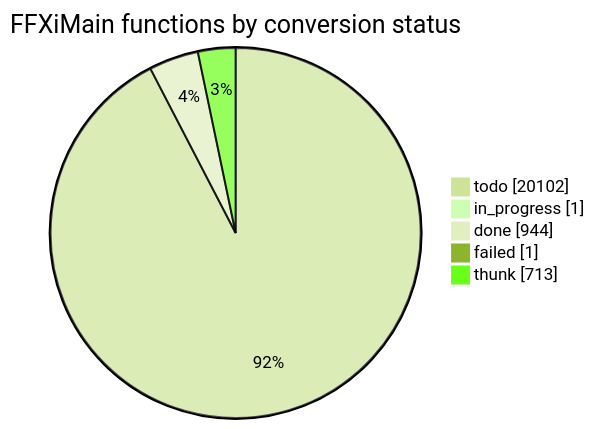
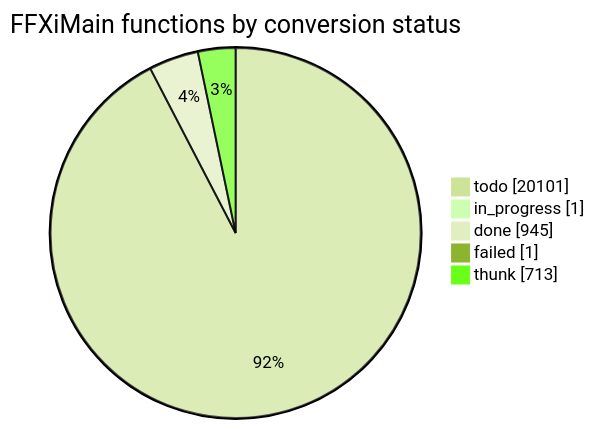
The diagram in docs/cow/STATUS.md (cowrevenge/cow_kuluu_xi_anything), drawn with Mermaid (forest theme) before and after one commit. The commit also changed other lines of this file and 19 other files, not shown here.

````diff
--- a/docs/cow/STATUS.md
+++ b/docs/cow/STATUS.md
@@ -18,9 +18,9 @@
 ```mermaid
 pie showData
     title FFXiMain functions by conversion status
-    "todo" : 20102
+    "todo" : 20101
     "in_progress" : 1
-    "done" : 944
+    "done" : 945
     "failed" : 1
     "thunk" : 713
 ```
````
